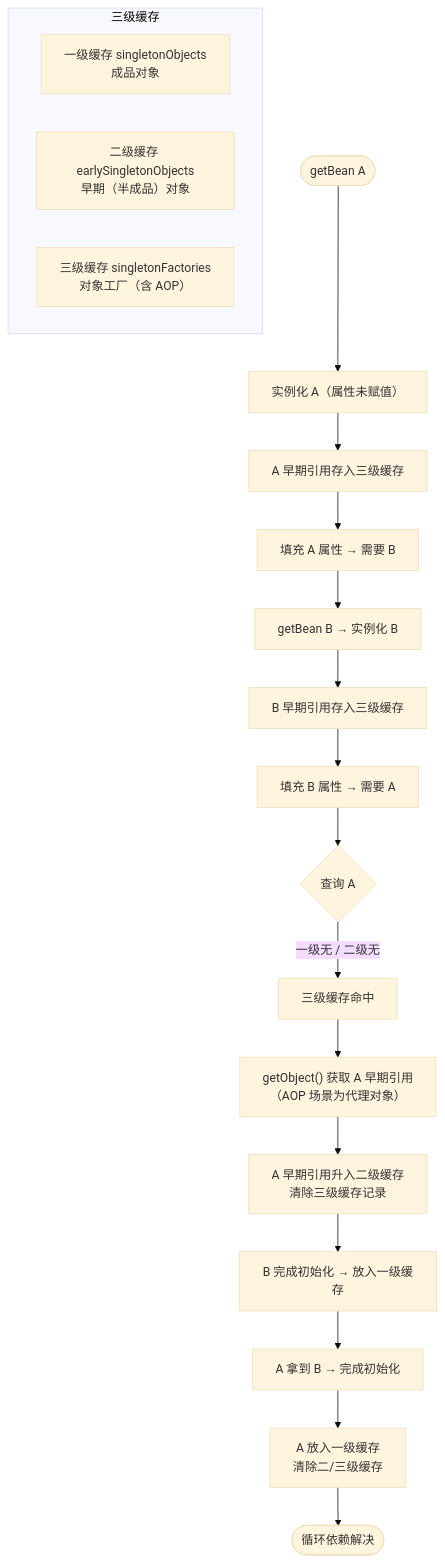
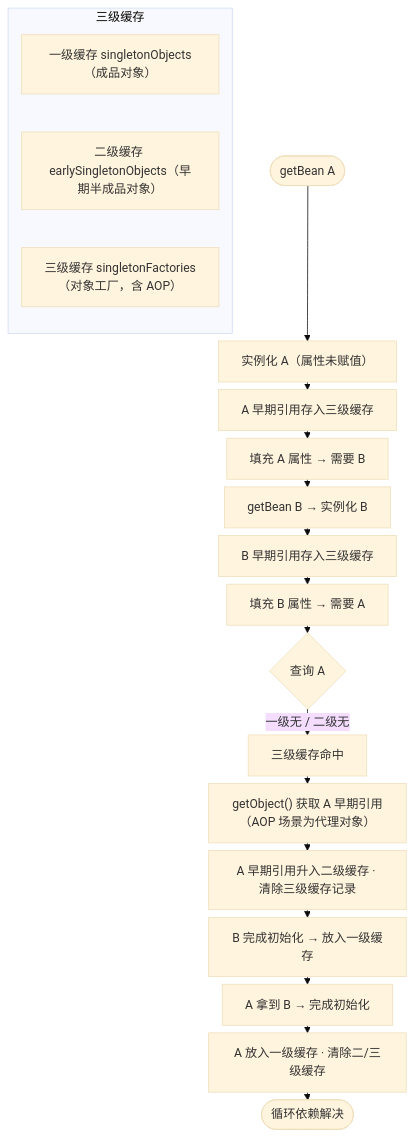
The fifth of 5 diagrams in docs/contents/spring/Spring.md (jiangjihui/docsify), drawn with Mermaid (base theme) before and after one commit. The commit also changed other lines of this file and 57 other files, not shown here.

Commit message:
feat: 增加图示

````diff
--- a/docs/contents/spring/Spring.md
+++ b/docs/contents/spring/Spring.md
@@ -705,22 +707,23 @@
 ```mermaid
+%%{init: {'flowchart': {'rankSpacing': 10}}}%%
 flowchart TD
     subgraph caches["三级缓存"]
-        L1["一级缓存 singletonObjects<br/>成品对象"]
-        L2["二级缓存 earlySingletonObjects<br/>早期（半成品）对象"]
-        L3["三级缓存 singletonFactories<br/>对象工厂（含 AOP）"]
+        L1["一级缓存 singletonObjects（成品对象）"]
+        L2["二级缓存 earlySingletonObjects（早期半成品对象）"]
+        L3["三级缓存 singletonFactories（对象工厂，含 AOP）"]
     end
     start([getBean A]) --> a1["实例化 A（属性未赋值）"]
     a1 --> a2["A 早期引用存入三级缓存"]
     a2 --> a3["填充 A 属性 → 需要 B"]
     a3 --> b1["getBean B → 实例化 B"]
     b1 --> b2["B 早期引用存入三级缓存"]
     b2 --> b3["填充 B 属性 → 需要 A"]
     b3 --> lookup{"查询 A"}
     lookup -->|"一级无 / 二级无"| c1["三级缓存命中"]
-    c1 --> c2["getObject() 获取 A 早期引用<br/>（AOP 场景为代理对象）"]
-    c2 --> c3["A 早期引用升入二级缓存<br/>清除三级缓存记录"]
+    c1 --> c2["getObject() 获取 A 早期引用（AOP 场景为代理对象）"]
+    c2 --> c3["A 早期引用升入二级缓存 · 清除三级缓存记录"]
     c3 --> b4["B 完成初始化 → 放入一级缓存"]
     b4 --> a4["A 拿到 B → 完成初始化"]
-    a4 --> a5["A 放入一级缓存<br/>清除二/三级缓存"]
+    a4 --> a5["A 放入一级缓存 · 清除二/三级缓存"]
     a5 --> done([循环依赖解决])
 ```
````
